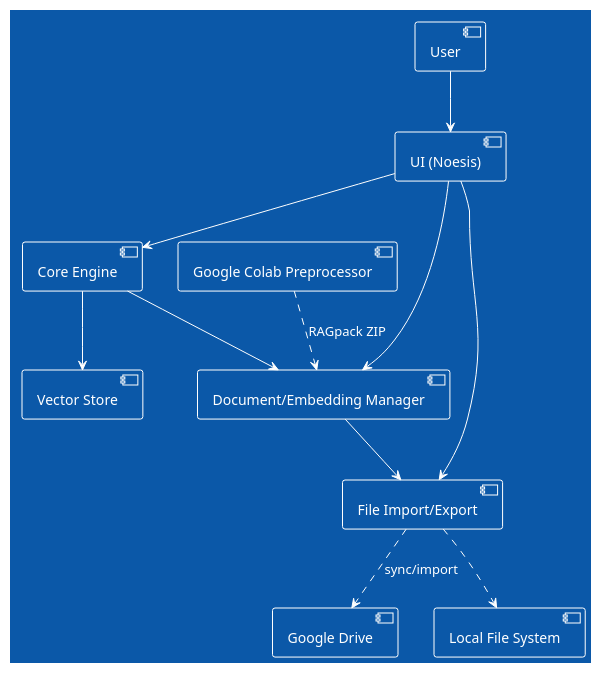
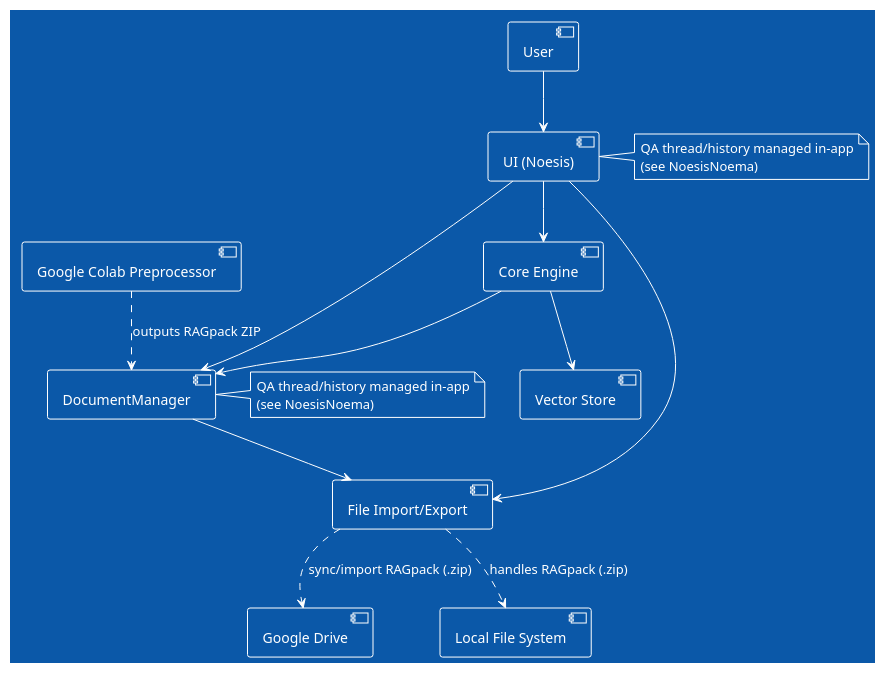
The diagram in docs/uml/ComponentDiagram.puml (raskolnikoff/RAGfish), drawn with PlantUML before and after one commit. The commit also changed 12 other files, not shown here.

Commit message:
fix: updated all ddocument and diagrams before public

```diff
--- a/docs/uml/ComponentDiagram.puml
+++ b/docs/uml/ComponentDiagram.puml
@@ -1,19 +1,29 @@
 @startuml
 !theme plain
 !theme amiga
 
 [User] --> [UI (Noesis)]
 [UI (Noesis)] --> [Core Engine]
-[UI (Noesis)] --> [Document/Embedding Manager]
+[UI (Noesis)] --> [DocumentManager]
 [UI (Noesis)] --> [File Import/Export]
 
+note right of [UI (Noesis)]
+  QA thread/history managed in-app
+  (see NoesisNoema)
+end note
+
+note right of [DocumentManager]
+  QA thread/history managed in-app
+  (see NoesisNoema)
+end note
+
 [Core Engine] --> [Vector Store]
-[Core Engine] --> [Document/Embedding Manager]
+[Core Engine] --> [DocumentManager]
 
-[Document/Embedding Manager] --> [File Import/Export]
-[File Import/Export] ..> [Google Drive] : sync/import
-[File Import/Export] ..> [Local File System]
+[DocumentManager] --> [File Import/Export]
+[File Import/Export] ..> [Google Drive] : sync/import RAGpack (.zip)
+[File Import/Export] ..> [Local File System] : handles RAGpack (.zip)
 
-[Google Colab Preprocessor] ..> [Document/Embedding Manager] : RAGpack ZIP
+[Google Colab Preprocessor] ..> [DocumentManager] : outputs RAGpack ZIP
 
 @enduml
```
